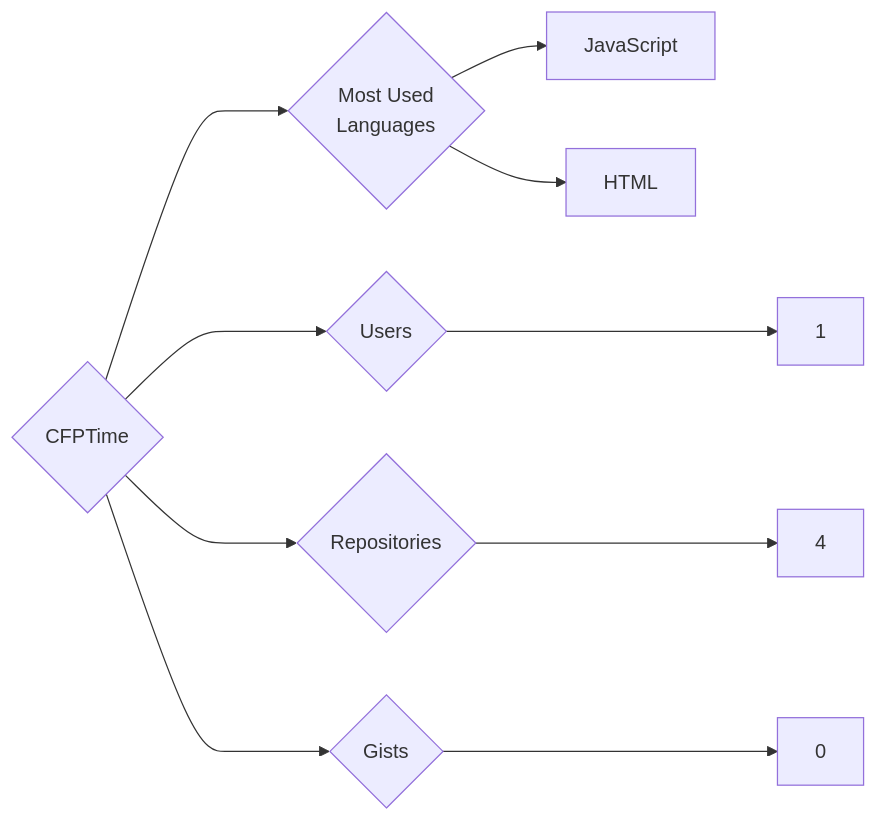
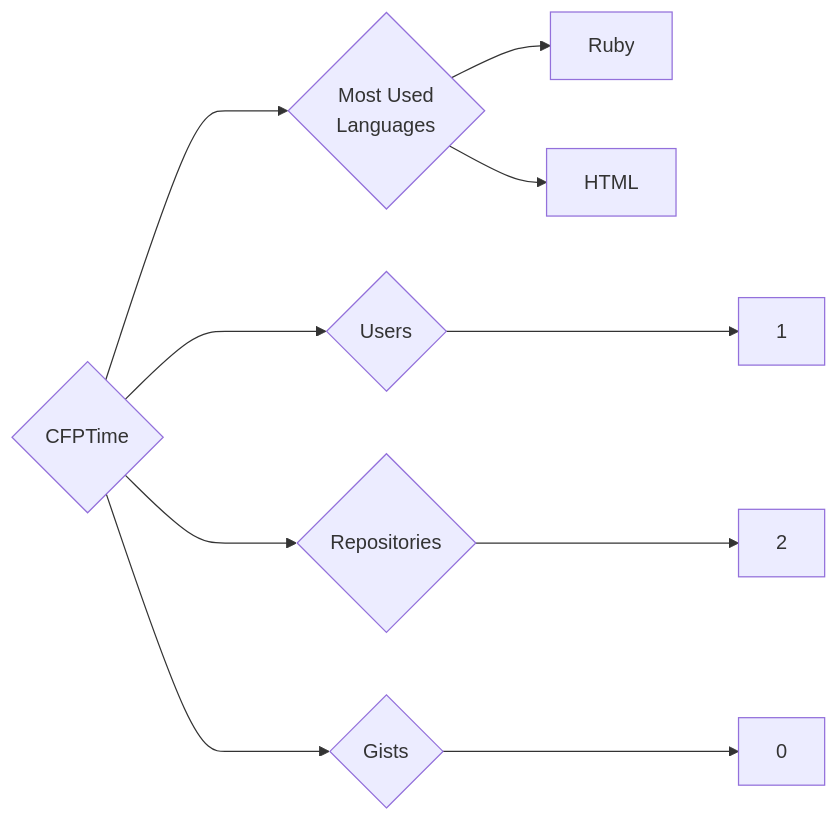
One commit to trickest/insiders changed the diagram in targets/CFPTime/README.md. Above: the diagram before and after it, drawn with Mermaid. The commit also changed 1149 other files, not shown here.

````diff
--- a/targets/CFPTime/README.md
+++ b/targets/CFPTime/README.md
@@ -3,10 +3,10 @@
 ```mermaid
 graph LR
 COMPANY_NAME{CFPTime}
 COMPANY_NAME ---> U{Users} ---> UN[1]
-COMPANY_NAME ---> R{Repositories} ---> RN[4]
+COMPANY_NAME ---> R{Repositories} ---> RN[2]
 COMPANY_NAME ---> G{Gists} ---> GN[0]
 COMPANY_NAME ---> ML{Most Used<br>Languages}
-ML --> JavaScript[JavaScript]
+ML --> Ruby[Ruby]
 ML --> HTML[HTML]
 ```
````
